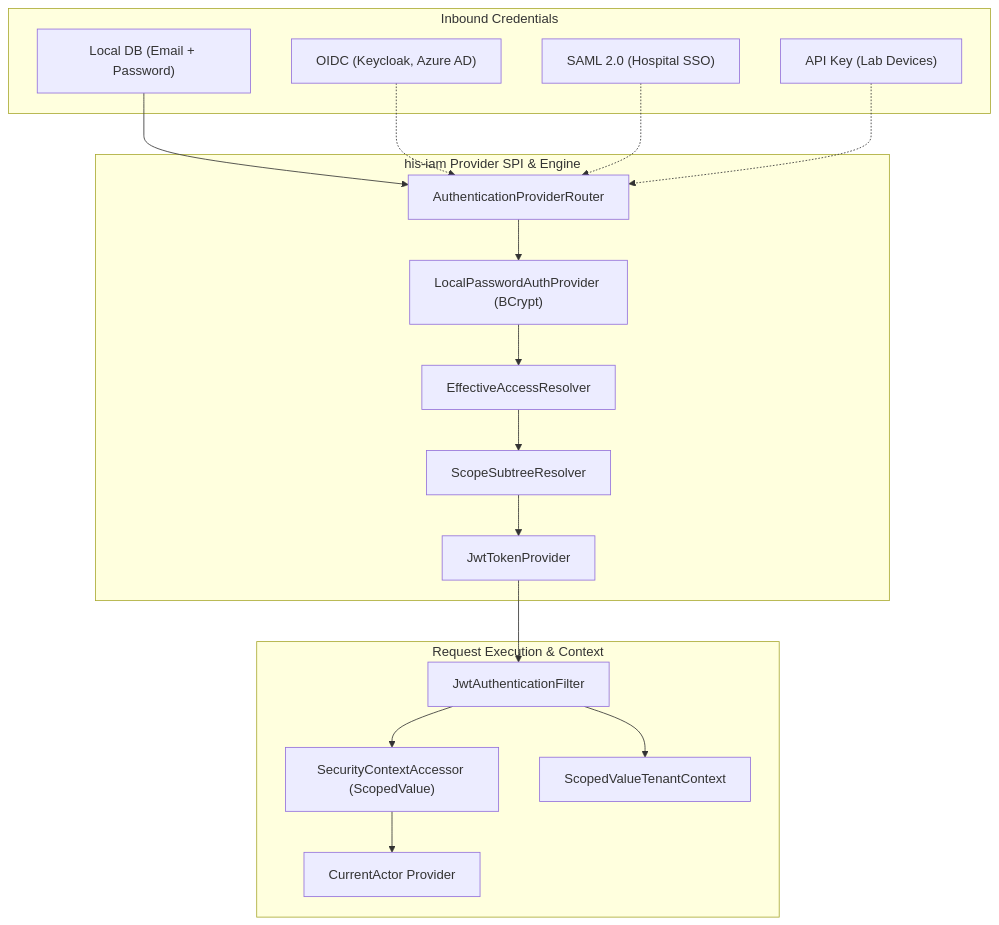
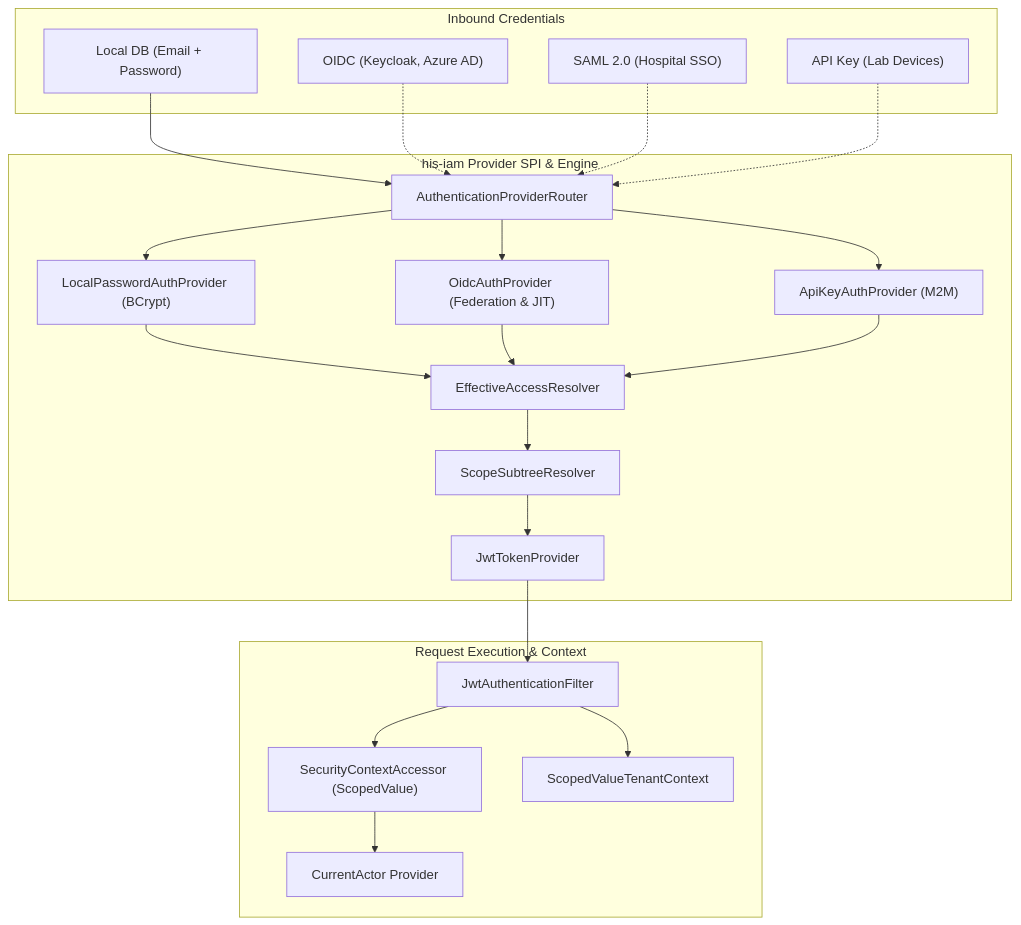
The first of 5 diagrams in docs/iam-walkthrough.md (edmaputra/uwati), drawn with Mermaid before and after one commit. The commit also changed other lines of this file, not shown here.

Commit message:
docs: add sequence diagrams for all AuthenticationProvider SPI flows in iam-walkthrough.md

````diff
--- a/docs/iam-walkthrough.md
+++ b/docs/iam-walkthrough.md
@@ -169,39 +162,47 @@
 ```mermaid
 flowchart TD
     subgraph Inbound["Inbound Credentials"]
         Direct["Local DB (Email + Password)"]
         OIDC["OIDC (Keycloak, Azure AD)"]
         SAML["SAML 2.0 (Hospital SSO)"]
         ApiKey["API Key (Lab Devices)"]
     end
 
     subgraph SPI["his-iam Provider SPI & Engine"]
         Router["AuthenticationProviderRouter"]
         LocalProvider["LocalPasswordAuthProvider (BCrypt)"]
+        OidcProvider["OidcAuthProvider (Federation & JIT)"]
+        ApiKeyProvider["ApiKeyAuthProvider (M2M)"]
         Resolver["EffectiveAccessResolver"]
         ScopeEngine["ScopeSubtreeResolver"]
         JwtIssuer["JwtTokenProvider"]
     end
 
     subgraph Runtime["Request Execution & Context"]
         Filter["JwtAuthenticationFilter"]
         ActorBridge["SecurityContextAccessor (ScopedValue)"]
         TenantBridge["ScopedValueTenantContext"]
         CurrentActor["CurrentActor Provider"]
     end
 
     Direct --> Router
     OIDC -.-> Router
     SAML -.-> Router
     ApiKey -.-> Router
 
     Router --> LocalProvider
+    Router --> OidcProvider
+    Router --> ApiKeyProvider
+
     LocalProvider --> Resolver
+    OidcProvider --> Resolver
+    ApiKeyProvider --> Resolver
+
     Resolver --> ScopeEngine
     ScopeEngine --> JwtIssuer
 
     JwtIssuer --> Filter
     Filter --> ActorBridge
     Filter --> TenantBridge
     ActorBridge --> CurrentActor
 ```
````
